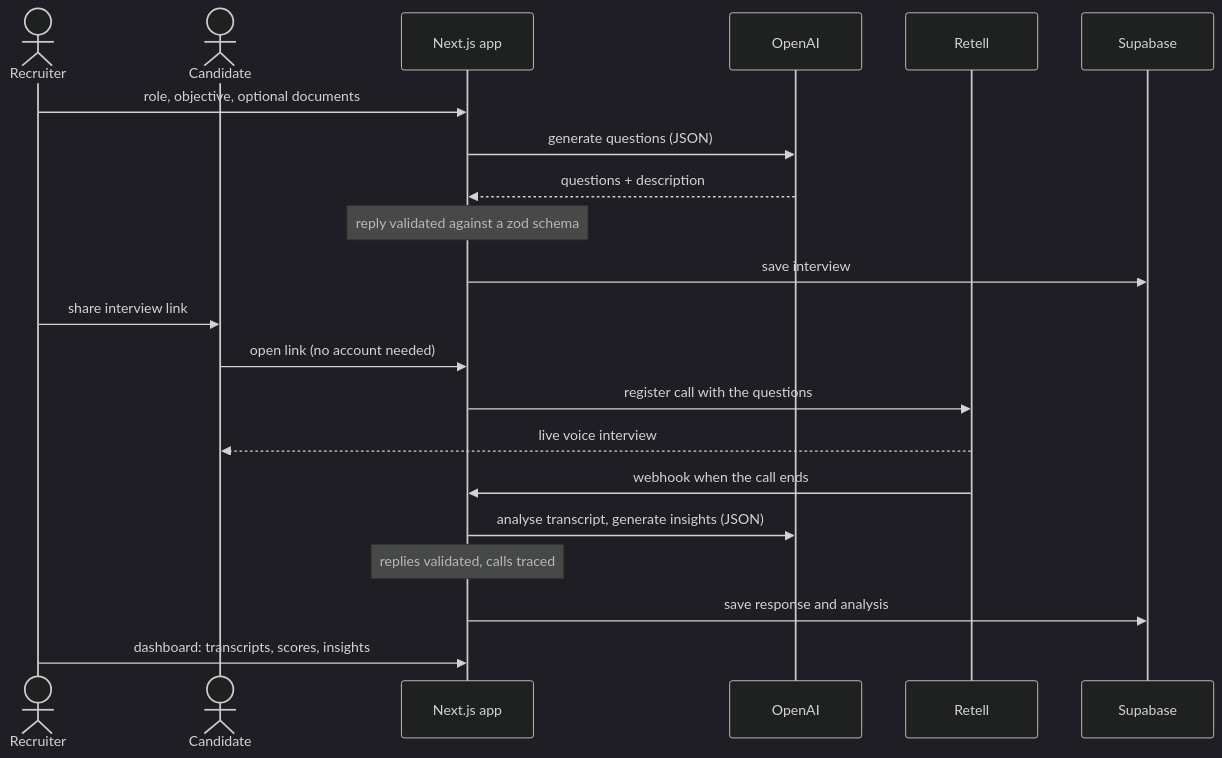
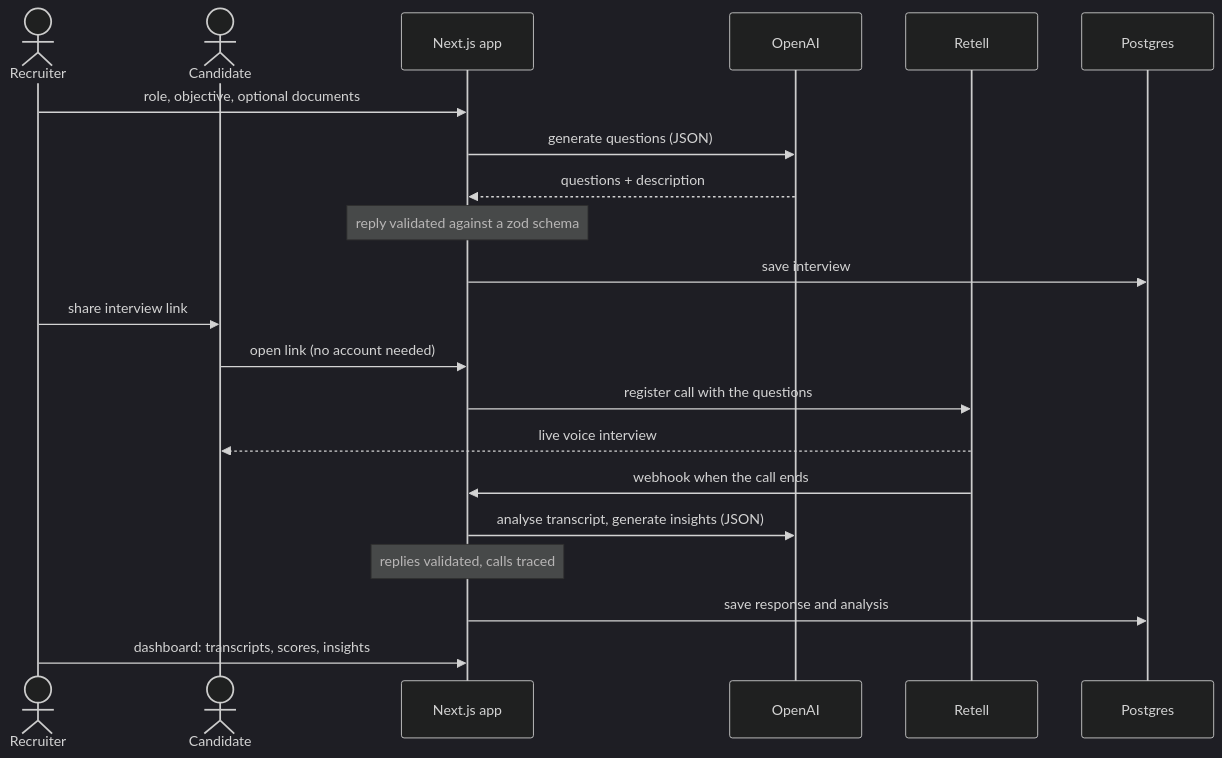
The diagram in README.md (mbessalle/ai-interviewer), drawn with Mermaid (dark theme) before and after one commit. The commit also changed other lines of this file and 52 other files, not shown here.

First line of the commit message:
Replace Supabase with plain Postgres behind guarded server actions (#2)

````diff
--- a/README.md
+++ b/README.md
@@ -23,24 +24,24 @@
 ```mermaid
 sequenceDiagram
     actor R as Recruiter
     actor C as Candidate
     participant App as Next.js app
     participant LLM as OpenAI
     participant Voice as Retell
-    participant DB as Supabase
+    participant DB as Postgres
 
     R->>App: role, objective, optional documents
     App->>LLM: generate questions (JSON)
     LLM-->>App: questions + description
     Note over App: reply validated against a zod schema
     App->>DB: save interview
     R->>C: share interview link
     C->>App: open link (no account needed)
     App->>Voice: register call with the questions
     Voice-->>C: live voice interview
     Voice->>App: webhook when the call ends
     App->>LLM: analyse transcript, generate insights (JSON)
     Note over App: replies validated, calls traced
     App->>DB: save response and analysis
     R->>App: dashboard: transcripts, scores, insights
 ```
````
